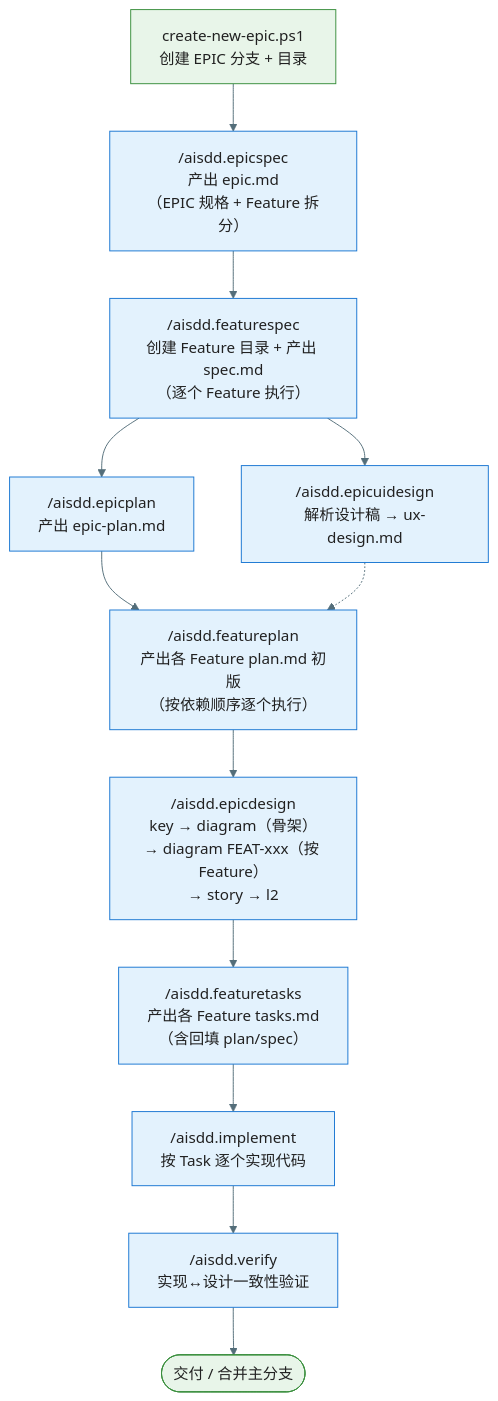
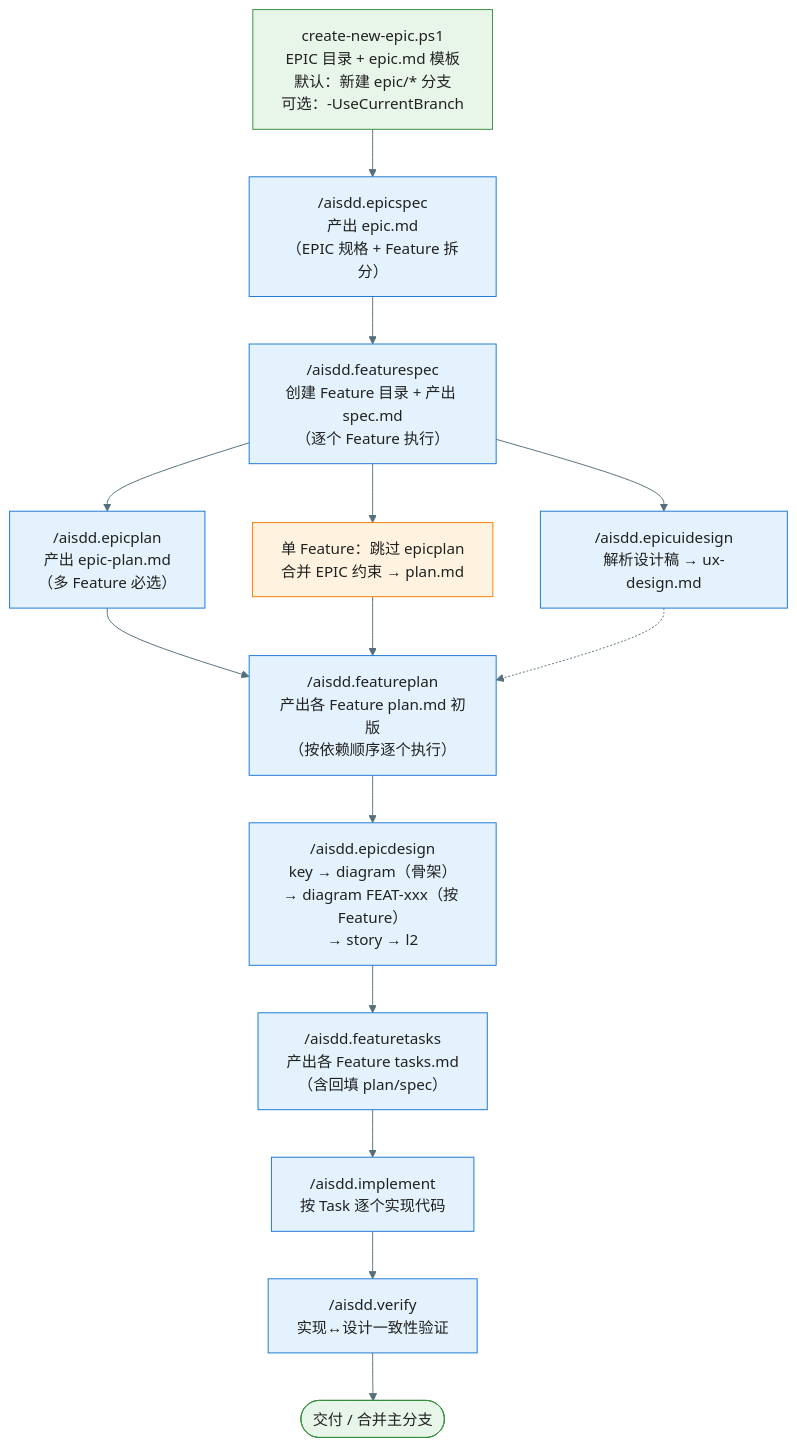
Before and after one commit to jackykarma/Verity: the third of 5 diagrams in .specify/workflow-overview.md, drawn with Mermaid. The commit also changed other lines of this file and 17 other files, not shown here.

First line of the commit message:
chore(aisdd): 完善 EPIC 工作流、脚本与 Gate 准入提醒

````diff
--- a/.specify/workflow-overview.md
+++ b/.specify/workflow-overview.md
@@ -159,18 +163,21 @@
 ```mermaid
 %%{init: {'theme': 'base', 'themeVariables': { 'primaryColor': '#E3F2FD', 'primaryTextColor': '#212121', 'primaryBorderColor': '#1976D2', 'lineColor': '#546E7A'}}}%%
 flowchart TD
-    Step1["create-new-epic.ps1<br/>创建 EPIC 分支 + 目录"] --> Step2["/aisdd.epicspec<br/>产出 epic.md<br/>（EPIC 规格 + Feature 拆分）"]
+    Step1["create-new-epic.ps1<br/>EPIC 目录 + epic.md 模板<br/>默认：新建 epic/* 分支<br/>可选：-UseCurrentBranch"] --> Step2["/aisdd.epicspec<br/>产出 epic.md<br/>（EPIC 规格 + Feature 拆分）"]
     Step2 --> Step3["/aisdd.featurespec<br/>创建 Feature 目录 + 产出 spec.md<br/>（逐个 Feature 执行）"]
-    Step3 --> Step4["/aisdd.epicplan<br/>产出 epic-plan.md"]
+    Step3 --> Step4["/aisdd.epicplan<br/>产出 epic-plan.md<br/>（多 Feature 必选）"]
     Step3 --> Step5["/aisdd.epicuidesign<br/>解析设计稿 → ux-design.md"]
+    Step3 --> Step4b["单 Feature：跳过 epicplan<br/>合并 EPIC 约束 → plan.md"]
     Step4 --> Step6["/aisdd.featureplan<br/>产出各 Feature plan.md 初版<br/>（按依赖顺序逐个执行）"]
+    Step4b --> Step6
     Step5 -.-> Step6
     Step6 --> Step7["/aisdd.epicdesign<br/>key → diagram（骨架）<br/>→ diagram FEAT-xxx（按 Feature）<br/>→ story → l2"]
     Step7 --> Step8["/aisdd.featuretasks<br/>产出各 Feature tasks.md<br/>（含回填 plan/spec）"]
     Step8 --> Step9["/aisdd.implement<br/>按 Task 逐个实现代码"]
     Step9 --> Step10["/aisdd.verify<br/>实现↔设计一致性验证"]
     Step10 --> Step11([交付 / 合并主分支])
 
     style Step1 fill:#E8F5E9,stroke:#388E3C
+    style Step4b fill:#FFF3E0,stroke:#F57C00
     style Step11 fill:#E8F5E9,stroke:#388E3C
 ```
````
